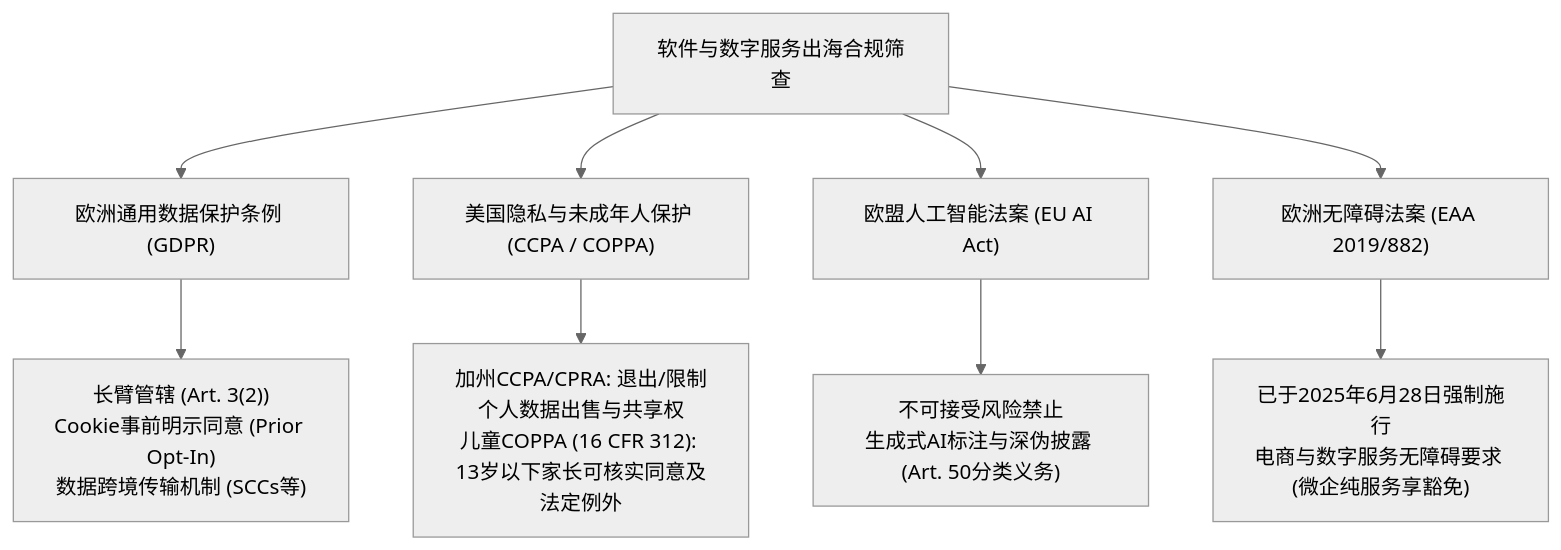
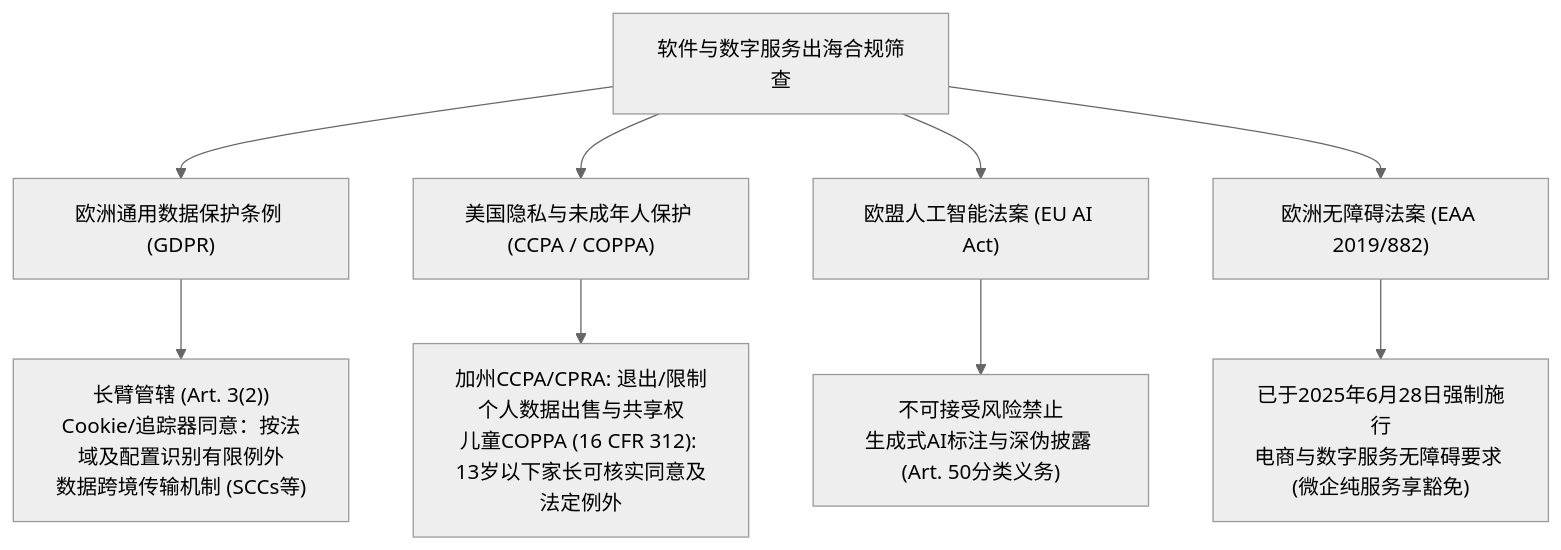
One commit to entropy-student/project changed the sixth of 11 diagrams in cross-border-business/01-opportunity-market/docs/CHAPTER6_FINAL_SEALED.md. Above: the diagram before and after it, drawn with Mermaid (neutral theme). The commit also changed other lines of this file, not shown here.

````diff
--- a/cross-border-business/01-opportunity-market/docs/CHAPTER6_FINAL_SEALED.md
+++ b/cross-border-business/01-opportunity-market/docs/CHAPTER6_FINAL_SEALED.md
@@ -412,12 +416,12 @@
 ```mermaid
 flowchart TD
     A["软件与数字服务出海合规筛查"] --> B["欧洲通用数据保护条例 (GDPR)"]
     A --> C["美国隐私与未成年人保护 (CCPA / COPPA)"]
     A --> D["欧盟人工智能法案 (EU AI Act)"]
     A --> E["欧洲无障碍法案 (EAA 2019/882)"]
     
-    B --> B1["长臂管辖 (Art. 3(2))<br/>Cookie事前明示同意 (Prior Opt-In)<br/>数据跨境传输机制 (SCCs等)"]
+    B --> B1["长臂管辖 (Art. 3(2))<br/>Cookie/追踪器同意：按法域及配置识别有限例外<br/>数据跨境传输机制 (SCCs等)"]
     C --> C1["加州CCPA/CPRA: 退出/限制个人数据出售与共享权<br/>儿童COPPA (16 CFR 312): 13岁以下家长可核实同意及法定例外"]
     D --> D1["不可接受风险禁止<br/>生成式AI标注与深伪披露 (Art. 50分类义务)"]
     E --> E1["已于2025年6月28日强制施行<br/>电商与数字服务无障碍要求 (微企纯服务享豁免)"]
 ```
````
